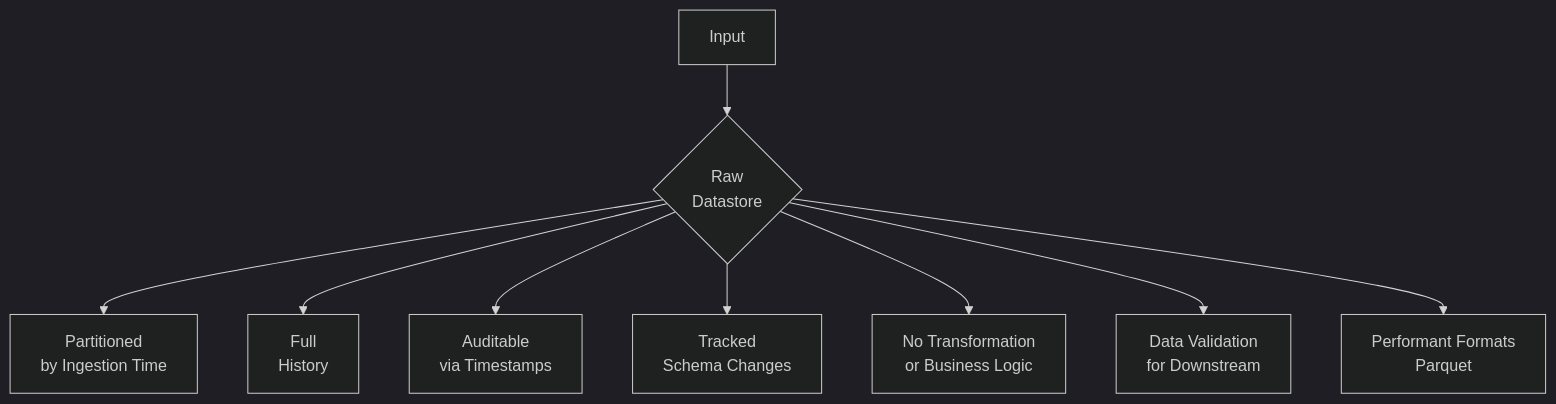
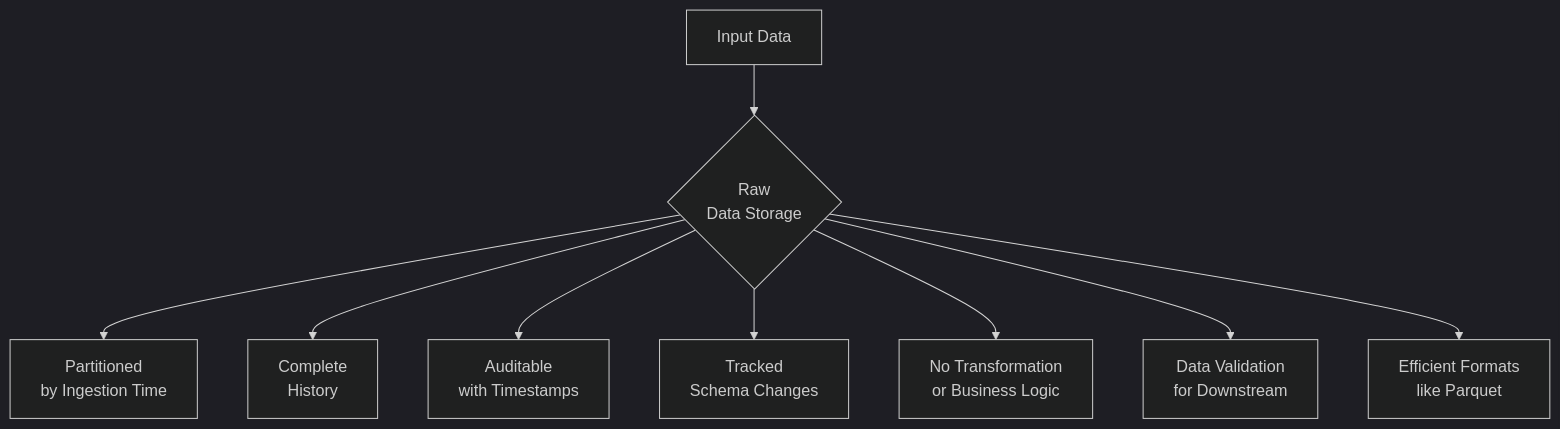
The sixth of 18 diagrams in readme.md (mgorav/MedallionArchitecture), drawn with Mermaid (dark theme) before and after one commit. The commit also changed other lines of this file and 1 other file, not shown here.

````diff
--- a/readme.md
+++ b/readme.md
@@ -125,11 +120,11 @@
 ```mermaid
 graph TB
-    I[Input] --> R{Raw <br/> Datastore}
+    I[Input Data] --> R{Raw <br/> Data Storage}
     R --> P[Partitioned <br/> by Ingestion Time]
-    R --> F[Full <br/> History]
-    R --> A[Auditable <br/> via Timestamps]
+    R --> F[Complete <br/> History]
+    R --> A[Auditable <br/> with Timestamps]
     R --> T[Tracked <br/> Schema Changes]
     R --> N[No Transformation <br/> or Business Logic]
     R --> V[Data Validation <br/> for Downstream]
-    R --> PF[Performant Formats <br/> Parquet]
+    R --> PF[Efficient Formats <br/> like Parquet]
 ```
````
